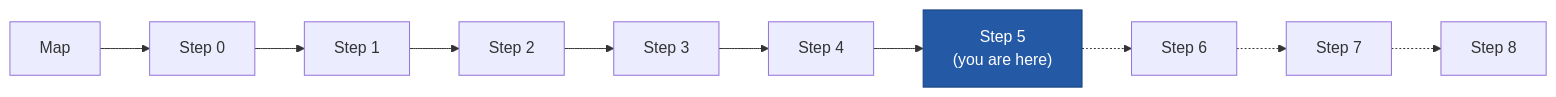
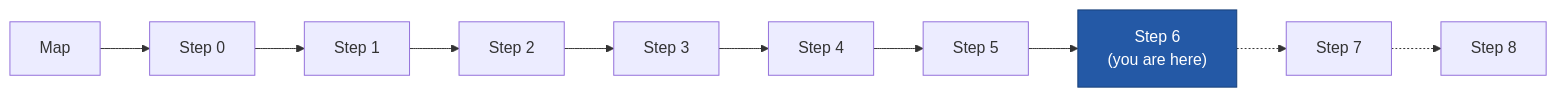
The first of 2 diagrams in README.md (capchitts/crossexam-project), drawn with Mermaid before and after one commit. The commit also changed other lines of this file and 18 other files, not shown here.

````diff
--- a/README.md
+++ b/README.md
@@ -18,11 +22,12 @@
 ```mermaid
 graph LR
     MAP[Map] --> S0[Step 0]
     S0 --> S1[Step 1]
     S1 --> S2[Step 2]
     S2 --> S3[Step 3]
     S3 --> S4[Step 4]
-    S4 --> S5["Step 5<br/>(you are here)"]
-    S5 -.-> S6[Step 6] -.-> S7[Step 7] -.-> S8[Step 8]
-    style S5 fill:#2459A6,stroke:#173F78,color:#fff
+    S4 --> S5[Step 5]
+    S5 --> S6["Step 6<br/>(you are here)"]
+    S6 -.-> S7[Step 7] -.-> S8[Step 8]
+    style S6 fill:#2459A6,stroke:#173F78,color:#fff
 ```
````
